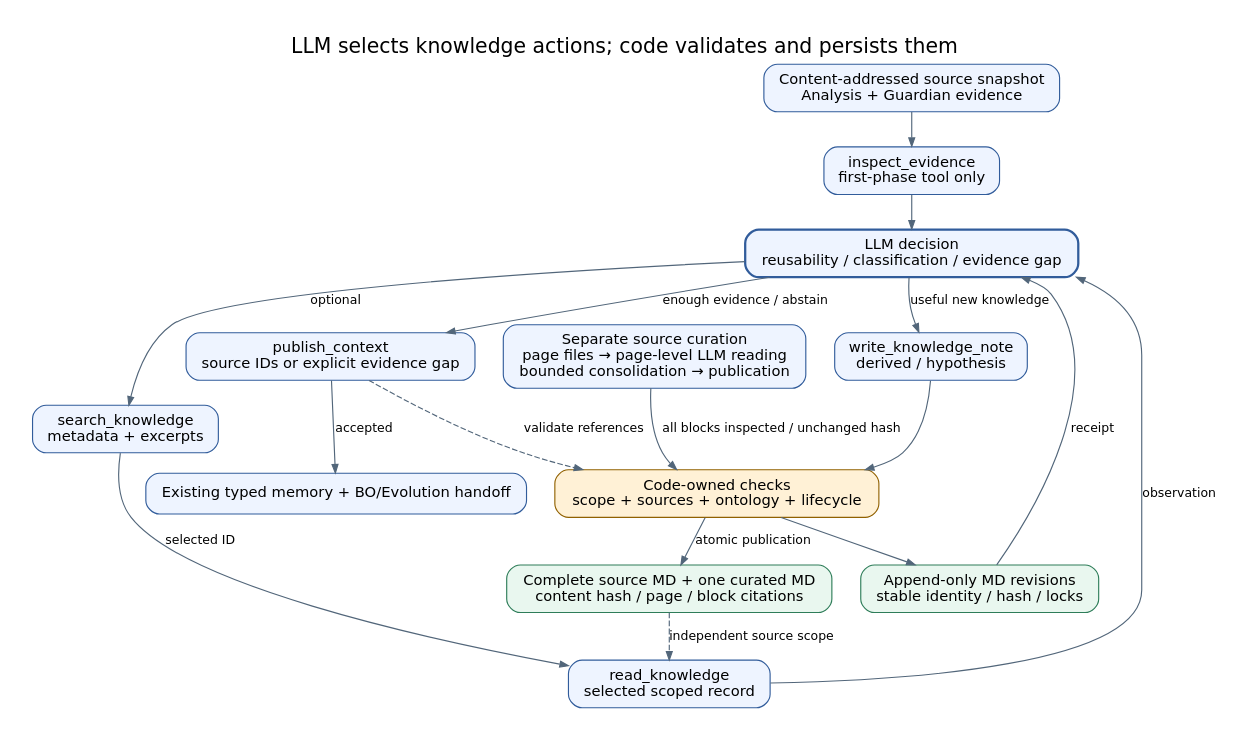
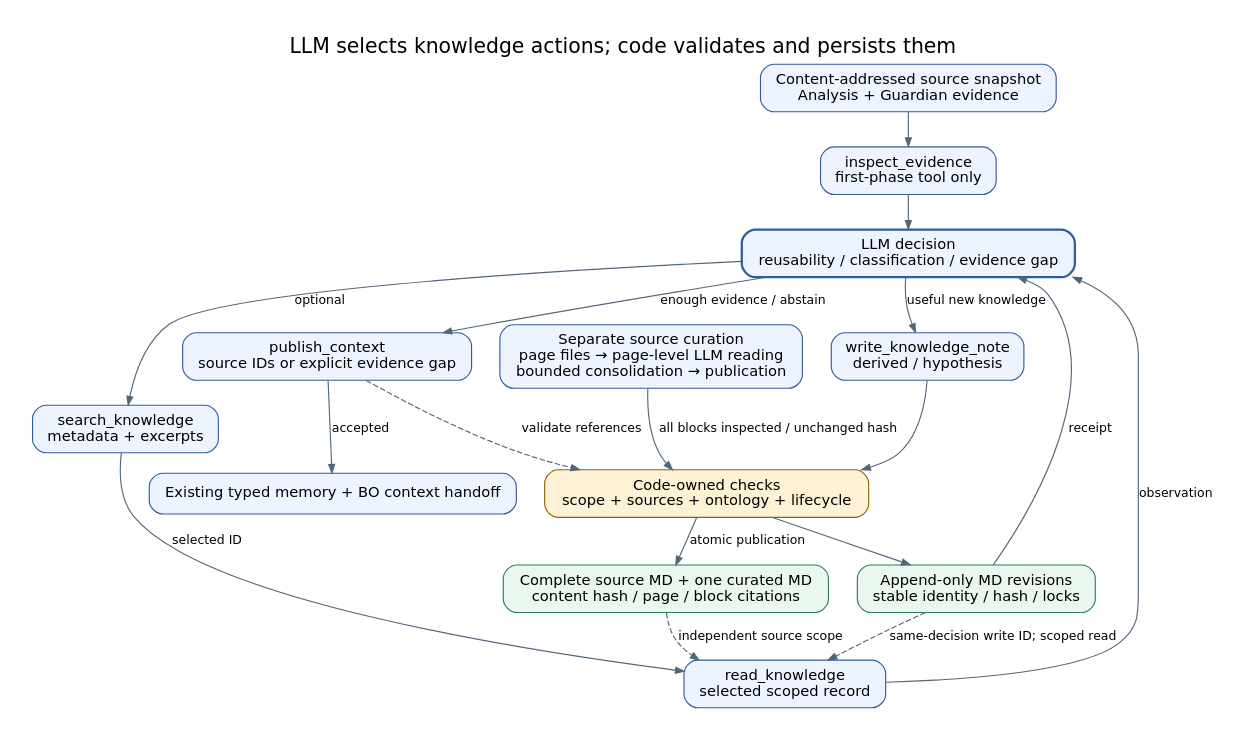
Before and after one commit to JIN9811/autonomous_researcher: the diagram in docs/agents/assets/figures/knowledge_02_execution_effect_boundary.dot, drawn with Graphviz. The commit also changed 224 other files, not shown here.

```diff
--- a/docs/agents/assets/figures/knowledge_02_execution_effect_boundary.dot
+++ b/docs/agents/assets/figures/knowledge_02_execution_effect_boundary.dot
@@ -1,30 +1,31 @@
 digraph knowledge_execution_effect_boundary {
   graph [rankdir=TB, bgcolor="white", pad="0.3", nodesep="0.35", ranksep="0.4", fontname="DejaVu Sans", fontsize=18, label="LLM selects knowledge actions; code validates and persists them", labelloc=t];
   node [shape=box, style="rounded,filled", fillcolor="#EEF4FF", color="#315C9B", fontname="DejaVu Sans", fontsize=13, margin="0.15,0.1"];
   edge [color="#52667A", fontname="DejaVu Sans", fontsize=11, arrowsize=0.75];
   snapshot [label="Content-addressed source snapshot\nAnalysis + Guardian evidence"];
   inspect [label="inspect_evidence\nfirst-phase tool only"];
   llm [label="LLM decision\nreusability / classification / evidence gap", penwidth=2];
   search [label="search_knowledge\nmetadata + excerpts"];
   read [label="read_knowledge\nselected scoped record"];
   write [label="write_knowledge_note\nderived / hypothesis"];
   gate [label="Code-owned checks\nscope + sources + ontology + lifecycle", fillcolor="#FFF1D6", color="#916100"];
   store [label="Append-only MD revisions\nstable identity / hash / locks", fillcolor="#E9F7EF", color="#2E7D59"];
   publish [label="publish_context\nsource IDs or explicit evidence gap"];
-  handoff [label="Existing typed memory + BO/Evolution handoff"];
+  handoff [label="Existing typed memory + BO context handoff"];
   source [label="Separate source curation\npage files → page-level LLM reading\nbounded consolidation → publication"];
   source_store [label="Complete source MD + one curated MD\ncontent hash / page / block citations", fillcolor="#E9F7EF", color="#2E7D59"];
   snapshot -> inspect -> llm;
   llm -> search [label="optional"];
   search -> read [label="selected ID"];
   read -> llm [label="observation"];
   llm -> write [label="useful new knowledge"];
   write -> gate -> store;
   store -> llm [label="receipt"];
+  store -> read [style=dashed, label="same-decision write ID; scoped read"];
   llm -> publish [label="enough evidence / abstain"];
   publish -> gate [style=dashed, label="validate references"];
   publish -> handoff [label="accepted"];
   source -> gate [label="all blocks inspected / unchanged hash"];
   gate -> source_store [label="atomic publication"];
   source_store -> read [style=dashed, label="independent source scope"];
 }
```
